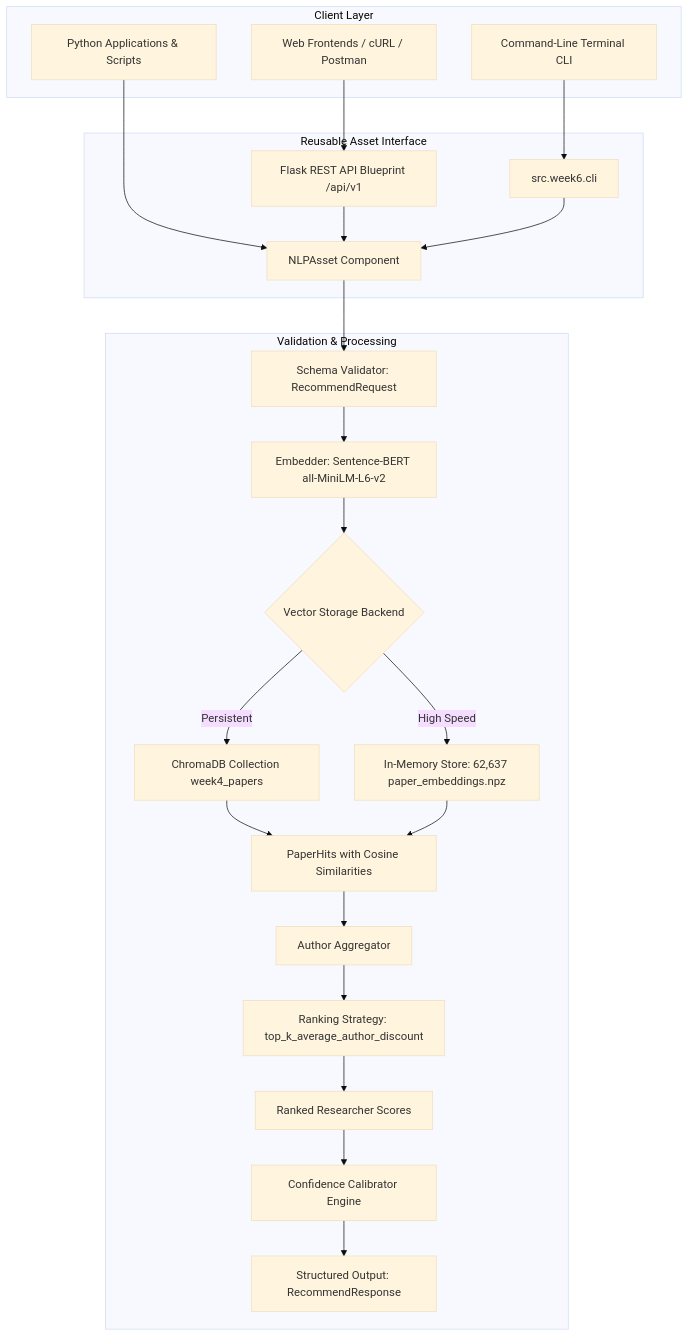
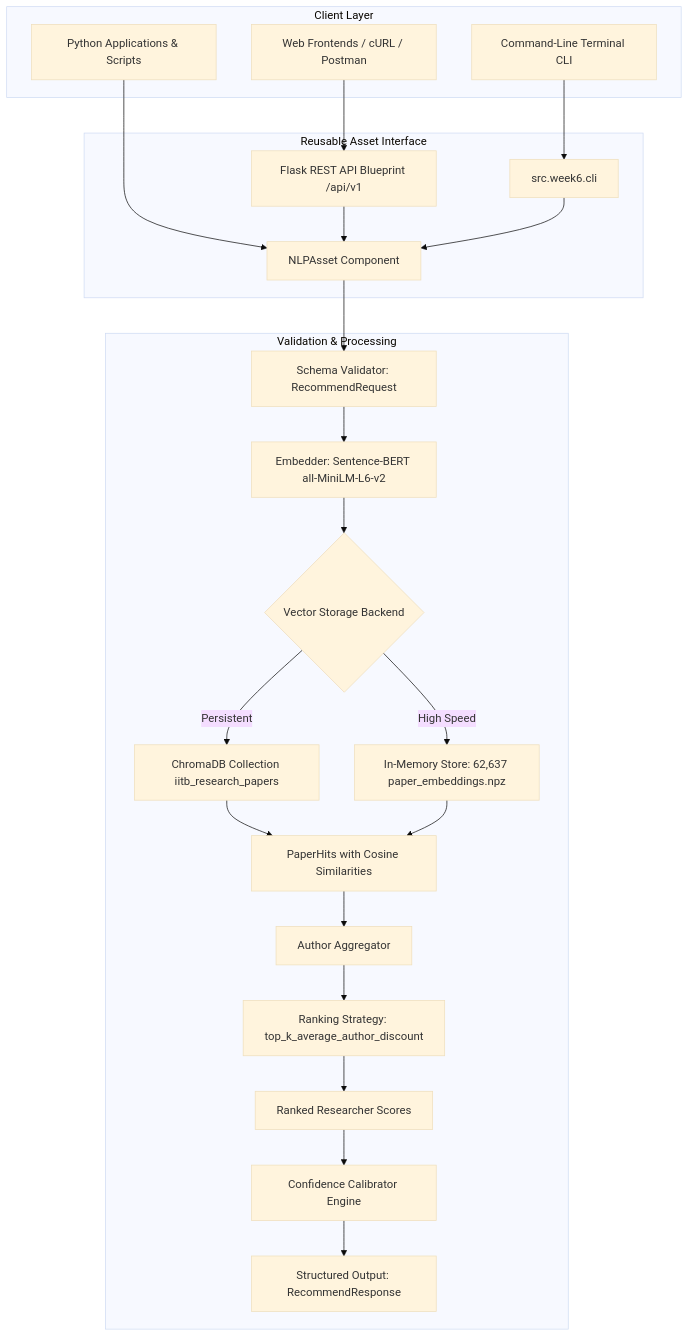
One commit to dpashine10/SNLP_Project changed the diagram in src/week6/WEEK6_DELIVERABLE_REPORT.md. Above: the diagram before and after it, drawn with Mermaid (base theme). The commit also changed other lines of this file and 24 other files, not shown here.

````diff
--- a/src/week6/WEEK6_DELIVERABLE_REPORT.md
+++ b/src/week6/WEEK6_DELIVERABLE_REPORT.md
@@ -30,31 +30,31 @@
 ```mermaid
 graph TD
     subgraph Client Layer
         PyApp[Python Applications & Scripts]
         WebClient[Web Frontends / cURL / Postman]
         TermCLI[Command-Line Terminal CLI]
     end
 
     subgraph Reusable Asset Interface
         PyApp --> Asset[NLPAsset Component]
         WebClient --> REST[Flask REST API Blueprint /api/v1]
         TermCLI --> CLI[src.week6.cli]
         REST --> Asset
         CLI --> Asset
     end
 
     subgraph Validation & Processing
         Asset --> Validate[Schema Validator: RecommendRequest]
         Validate --> Embed[Embedder: Sentence-BERT all-MiniLM-L6-v2]
         Embed --> VStore{Vector Storage Backend}
-        VStore -->|Persistent| Chroma[ChromaDB Collection week4_papers]
+         VStore -->|Persistent| Chroma[ChromaDB Collection iitb_research_papers]
         VStore -->|High Speed| FastNPZ[In-Memory Store: 62,637 paper_embeddings.npz]
         Chroma --> Hits[PaperHits with Cosine Similarities]
         FastNPZ --> Hits[PaperHits with Cosine Similarities]
         Hits --> Agg[Author Aggregator]
         Agg --> Strat[Ranking Strategy: top_k_average_author_discount]
         Strat --> Scores[Ranked Researcher Scores]
         Scores --> Calib[Confidence Calibrator Engine]
         Calib --> Out[Structured Output: RecommendResponse]
     end
 ```
````
